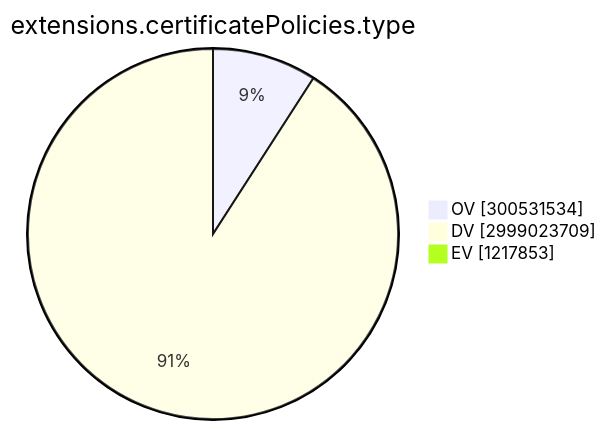
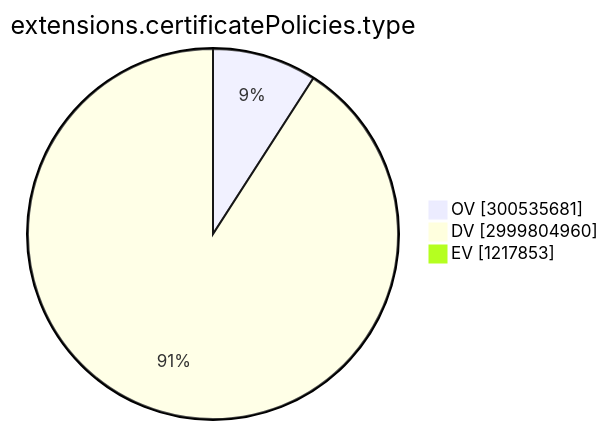
One commit to christiankrug/ctmonitor_visualization changed the ninth of 15 diagrams in TOTAL/README.md. Above: the diagram before and after it, drawn with Mermaid. The commit also changed other lines of this file, not shown here.

````diff
--- a/TOTAL/README.md
+++ b/TOTAL/README.md
@@ -3102,7 +3102,7 @@
 ```mermaid
 pie showData
 title extensions.certificatePolicies.type
-"OV" :300531534
-"DV" :2999023709
+"OV" :300535681
+"DV" :2999804960
 "EV" :1217853
 ```
````
